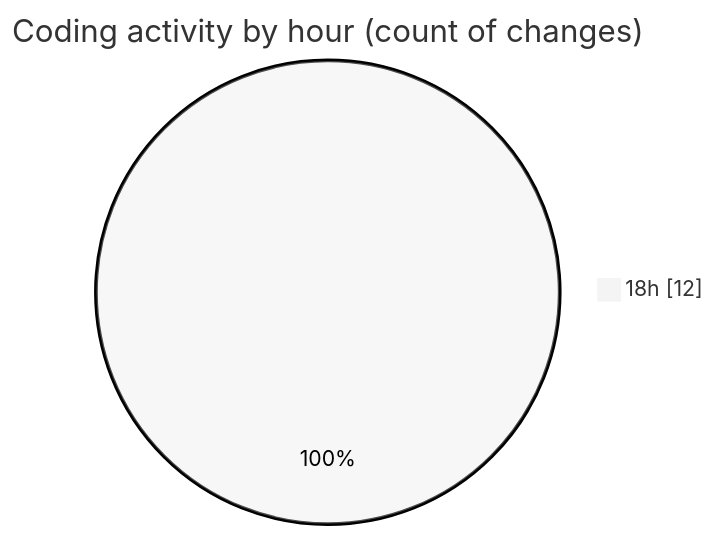
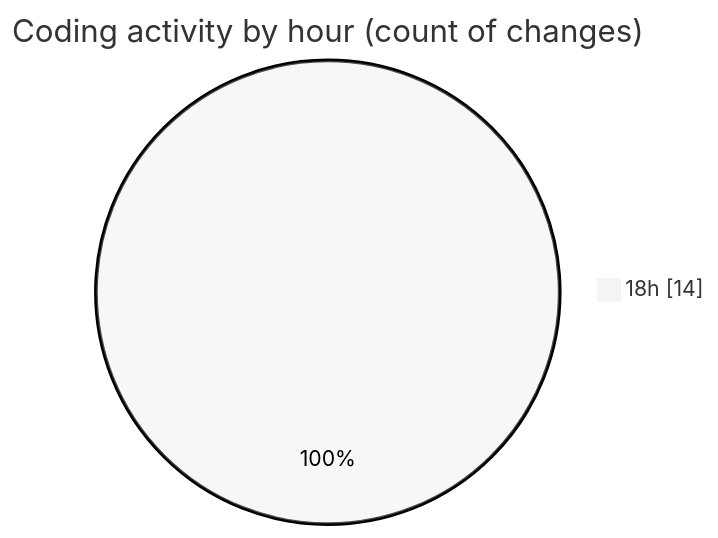
One commit to robertbonfada/code-tracking changed the second of 2 diagrams in 2025-06-22/mosaico-test-3/README.md. Above: the diagram before and after it, drawn with Mermaid (neutral theme). The commit also changed other lines of this file and 1 other file, not shown here.

````diff
--- a/2025-06-22/mosaico-test-3/README.md
+++ b/2025-06-22/mosaico-test-3/README.md
@@ -28,5 +28,5 @@
 ```mermaid
 pie showData
 title Coding activity by hour (count of changes)
-"18h" : 12
+"18h" : 14
 ```
````
